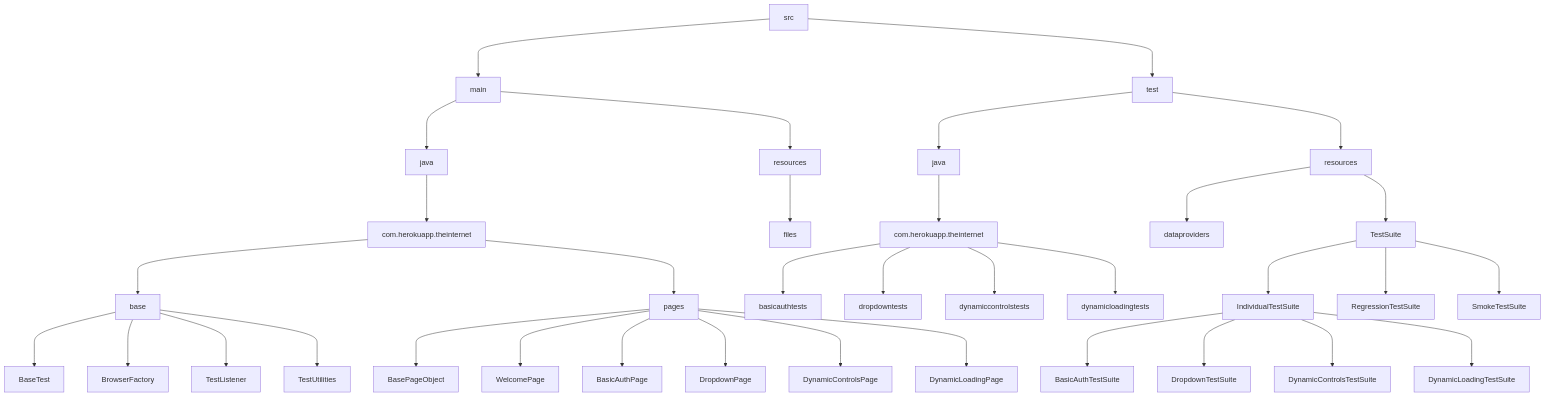
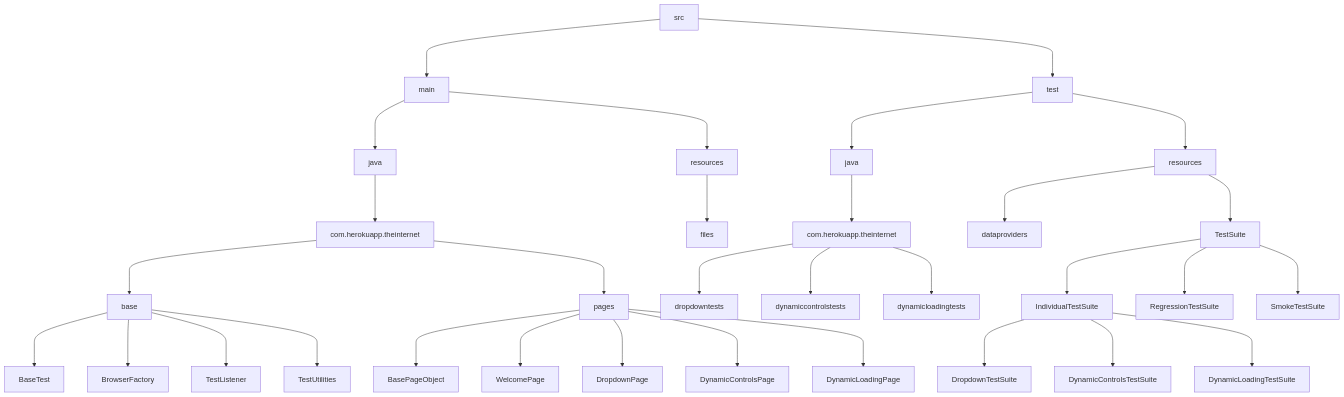
The diagram in README.md (ArielBandeira/testing-project-theinternet), drawn with Mermaid before and after one commit. The commit also changed other lines of this file and 72 other files, not shown here.

````diff
--- a/README.md
+++ b/README.md
@@ -38,37 +37,34 @@
 ```mermaid
 graph
 1[src] ---> 2[main]
 1[src] ---> 3[test]
 2[main] ---> 4[java]
 2[main] ---> 5[resources]
 5[resources] ---> 36[files]
 3[test] ---> 6[java]
 3[test] ---> 7[resources]
 4[java] ---> 8[com.herokuapp.theinternet]
 8[com.herokuapp.theinternet] ---> 9[base]
 8[com.herokuapp.theinternet] ---> 10[pages]
 9[base] ---> 11[BaseTest]
 9[base] ---> 12[BrowserFactory]
 9[base] ---> 13[TestListener]
 9[base] ---> 14[TestUtilities]
 10[pages] ---> 15[BasePageObject]
 10[pages] ---> 16[WelcomePage]
-10[pages] ---> 17[BasicAuthPage]
 10[pages] ---> 18[DropdownPage]
 10[pages] ---> 19[DynamicControlsPage]
 10[pages] ---> 20[DynamicLoadingPage]
 6[java] ---> 21[com.herokuapp.theinternet]
-21[com.herokuapp.theinternet] ---> 22[basicauthtests]
 21[com.herokuapp.theinternet] ---> 23[dropdowntests]
 21[com.herokuapp.theinternet] ---> 24[dynamiccontrolstests]
 21[com.herokuapp.theinternet] ---> 25[dynamicloadingtests]
 7[resources] ---> 26[dataproviders]
 7[resources] ---> 27[TestSuite]
 27[TestSuite] ---> 28[IndividualTestSuite]
-28[IndividualTestSuite] ---> 30[BasicAuthTestSuite]
 28[IndividualTestSuite] ---> 31[DropdownTestSuite]
 28[IndividualTestSuite] ---> 32[DynamicControlsTestSuite]
 28[IndividualTestSuite] ---> 33[DynamicLoadingTestSuite]
 27[TestSuite] ---> 34[RegressionTestSuite]
 27[TestSuite] ---> 35[SmokeTestSuite]
 ```
````
